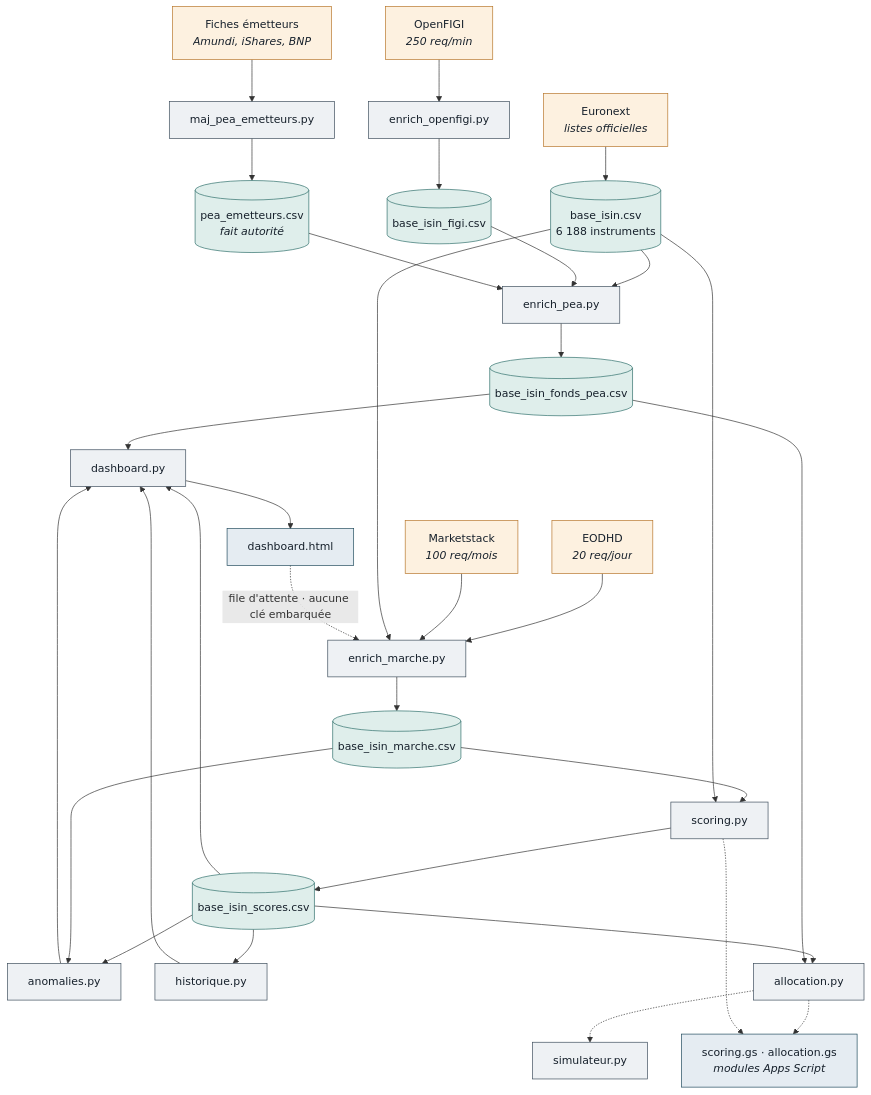
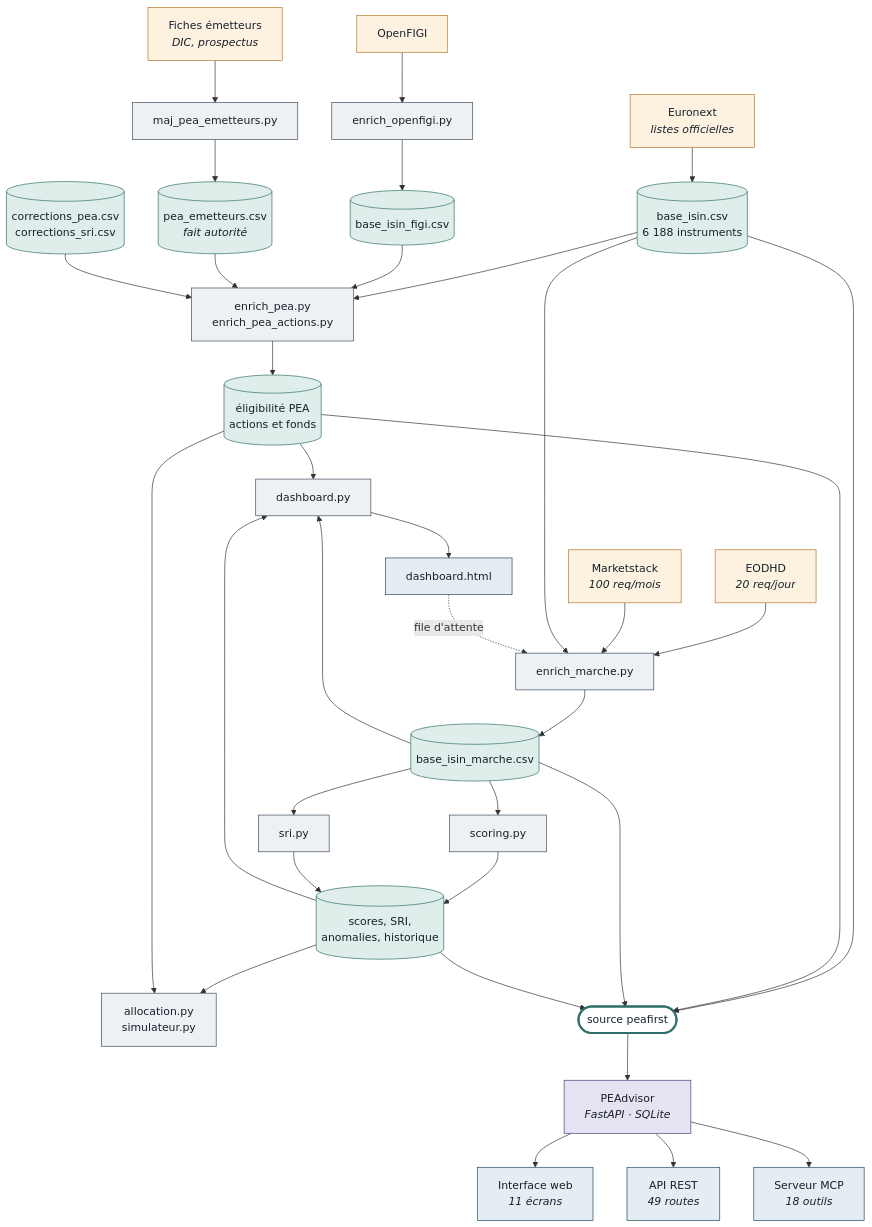
One commit to FredGarcia/PEAFirst changed the second of 3 diagrams in README.md. Above: the diagram before and after it, drawn with Mermaid. The commit also changed other lines of this file and 4 other files, not shown here.

````diff
--- a/README.md
+++ b/README.md
@@ -141,61 +193,68 @@
 ```mermaid
 flowchart TD
     EN["Euronext<br/><i>listes officielles</i>"]:::src
-    OF["OpenFIGI<br/><i>250 req/min</i>"]:::src
-    EM["Fiches émetteurs<br/><i>Amundi, iShares, BNP</i>"]:::src
+    OF["OpenFIGI"]:::src
+    EM["Fiches émetteurs<br/><i>DIC, prospectus</i>"]:::src
     EO["EODHD<br/><i>20 req/jour</i>"]:::src
     MS["Marketstack<br/><i>100 req/mois</i>"]:::src
 
     B[("base_isin.csv<br/>6 188 instruments")]:::dat
     SO["enrich_openfigi.py"]:::scr
     F[("base_isin_figi.csv")]:::dat
     SE["maj_pea_emetteurs.py"]:::scr
     P[("pea_emetteurs.csv<br/><i>fait autorité</i>")]:::dat
-    SP["enrich_pea.py"]:::scr
-    FP[("base_isin_fonds_pea.csv")]:::dat
+    CP[("corrections_pea.csv<br/>corrections_sri.csv")]:::dat
+    SP["enrich_pea.py<br/>enrich_pea_actions.py"]:::scr
+    FP[("éligibilité PEA<br/>actions et fonds")]:::dat
     SM["enrich_marche.py"]:::scr
     M[("base_isin_marche.csv")]:::dat
     SC["scoring.py"]:::scr
-    S[("base_isin_scores.csv")]:::dat
-    AN["anomalies.py"]:::scr
-    HI["historique.py"]:::scr
-    AL["allocation.py"]:::scr
-    SI["simulateur.py"]:::scr
+    SR["sri.py"]:::scr
+    S[("scores, SRI,<br/>anomalies, historique")]:::dat
+    AL["allocation.py<br/>simulateur.py"]:::scr
     DA["dashboard.py"]:::scr
     HT["dashboard.html"]:::out
-    GS["scoring.gs · allocation.gs<br/><i>modules Apps Script</i>"]:::out
+
+    SRC(["source peafirst"]):::pont
+    APP["PEAdvisor<br/><i>FastAPI · SQLite</i>"]:::app
+    WEB["Interface web<br/><i>11 écrans</i>"]:::out
+    API["API REST<br/><i>49 routes</i>"]:::out
+    MCP["Serveur MCP<br/><i>18 outils</i>"]:::out
 
     EN --> B
     OF --> SO --> F
     EM --> SE --> P
     B --> SP
     F --> SP
     P --> SP
+    CP --> SP
     SP --> FP
     EO --> SM
     MS --> SM
-    B --> SM
-    SM --> M
-    M --> SC
-    B --> SC
-    SC --> S
-    S --> AN
-    M --> AN
-    S --> HI
+    B --> SM --> M
+    M --> SC --> S
+    M --> SR --> S
     S --> AL
     FP --> AL
-    AL -.-> SI
     S --> DA
     FP --> DA
-    AN --> DA
-    HI --> DA
+    M --> DA
     DA --> HT
-    AL -.-> GS
-    SC -.-> GS
-    HT -. "file d'attente · aucune clé embarquée" .-> SM
+    HT -. "file d'attente" .-> SM
+
+    B --> SRC
+    FP --> SRC
+    M --> SRC
+    S --> SRC
+    SRC --> APP
+    APP --> WEB
+    APP --> API
+    APP --> MCP
 
     classDef src fill:#fdf1e0,stroke:#b8762a,color:#16202b
     classDef scr fill:#eef1f4,stroke:#3d4d5c,color:#16202b
     classDef dat fill:#dfeeeb,stroke:#2f6f6b,color:#16202b
     classDef out fill:#e5ecf2,stroke:#1f4a5c,color:#16202b
+    classDef app fill:#e6e2f2,stroke:#4b3f77,color:#16202b
+    classDef pont fill:#fff,stroke:#2f6f6b,stroke-width:3px,color:#16202b
 ```
````
